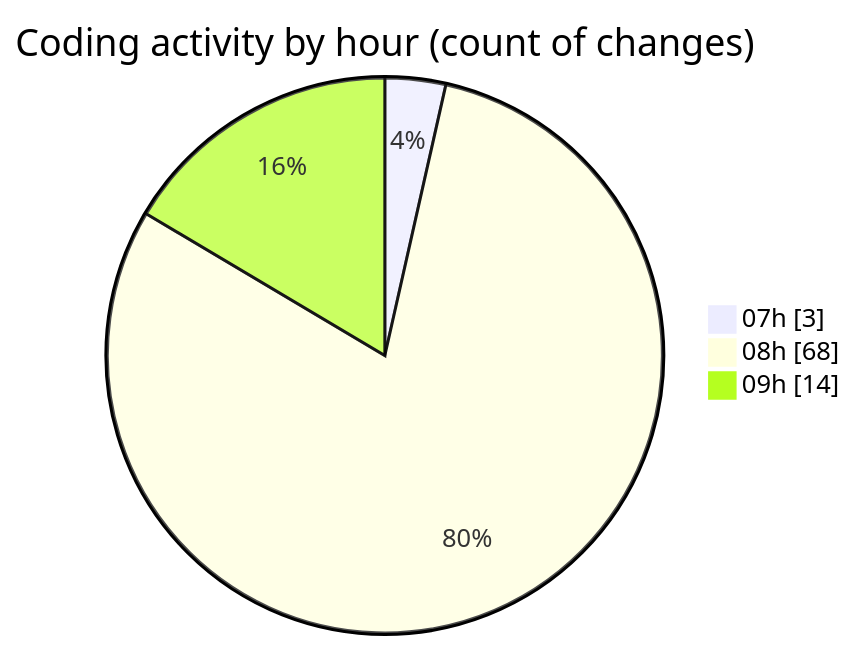
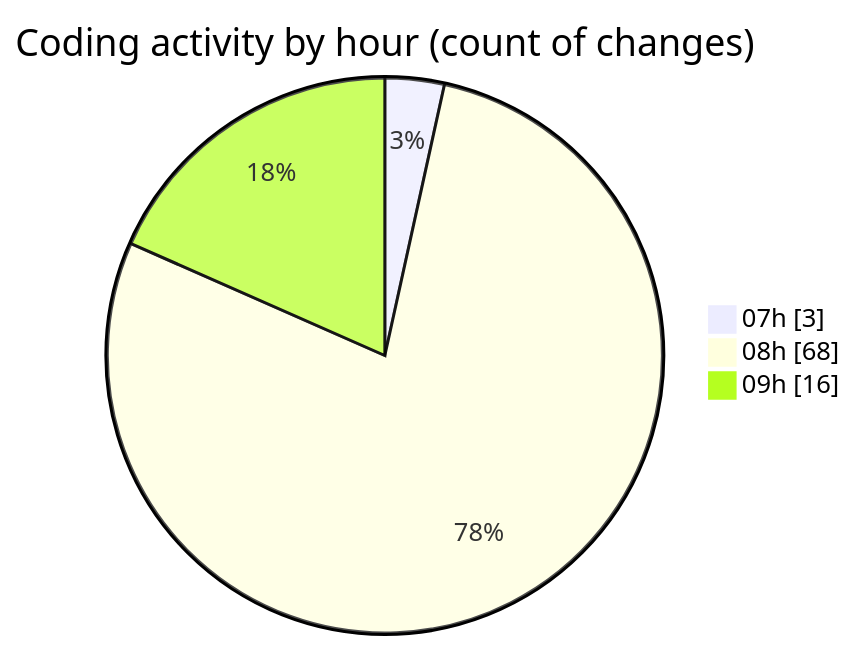
Before and after one commit to lephambinh05/code-tracking: the second of 2 diagrams in 2025-07-10/toolsopenemalpass/README.md, drawn with Mermaid. The commit also changed other lines of this file and 1 other file, not shown here.

````diff
--- a/2025-07-10/toolsopenemalpass/README.md
+++ b/2025-07-10/toolsopenemalpass/README.md
@@ -69,7 +69,7 @@
 ```mermaid
 pie showData
 title Coding activity by hour (count of changes)
 "07h" : 3
 "08h" : 68
-"09h" : 14
+"09h" : 16
 ```
````
